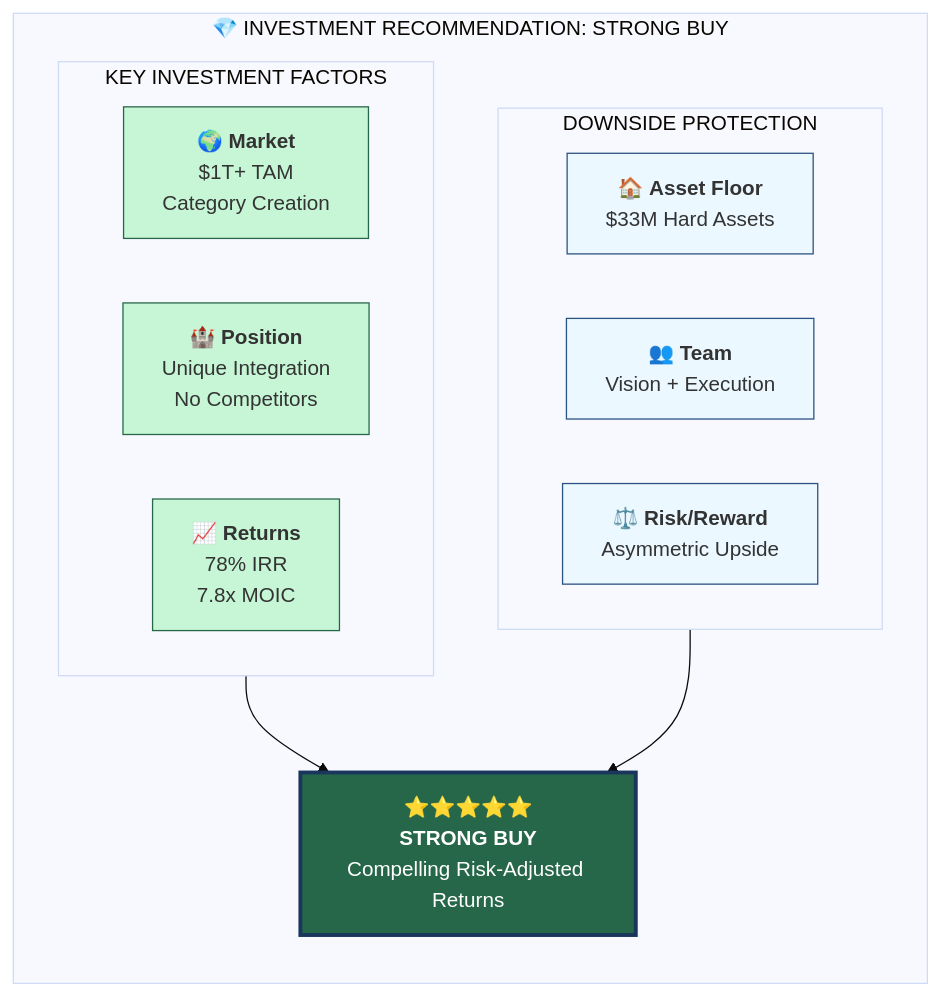
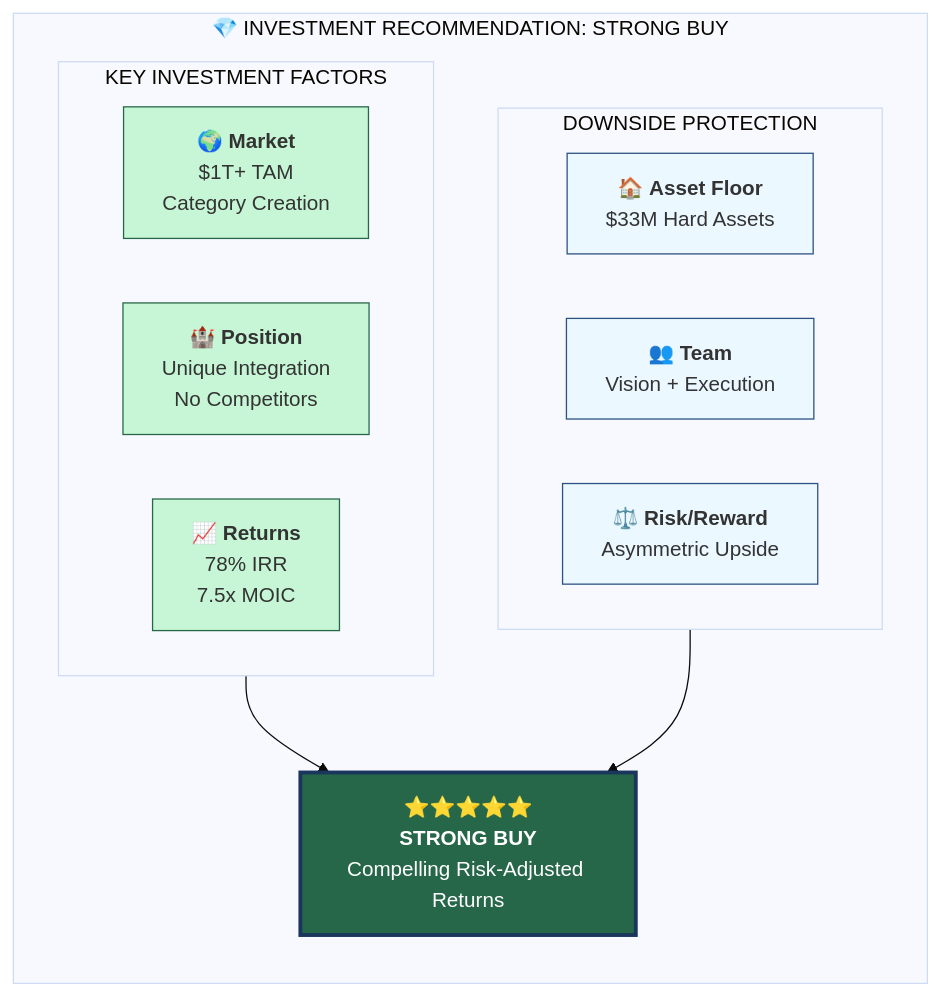
Diagram 35 of 41 in docs/pitch-packet/AI_VALUATION_REPORT_VISUAL.md (Light-Brands/epic-center), drawn with Mermaid before and after one commit. The commit also changed other lines of this file and 33 other files, not shown here.

````diff
--- a/docs/pitch-packet/AI_VALUATION_REPORT_VISUAL.md
+++ b/docs/pitch-packet/AI_VALUATION_REPORT_VISUAL.md
@@ -1664,34 +1664,34 @@
 ```mermaid
 %%{init: {'theme': 'base'}}%%
 flowchart TB
     subgraph RECOMMENDATION["💎 INVESTMENT RECOMMENDATION: STRONG BUY"]
         direction TB
 
         subgraph FACTORS["KEY INVESTMENT FACTORS"]
             direction LR
             F1["🌍 <b>Market</b><br/>$1T+ TAM<br/>Category Creation"]
             F2["🏰 <b>Position</b><br/>Unique Integration<br/>No Competitors"]
-            F3["📈 <b>Returns</b><br/>78% IRR<br/>7.8x MOIC"]
+            F3["📈 <b>Returns</b><br/>78% IRR<br/>7.5x MOIC"]
         end
 
         subgraph PROTECTION["DOWNSIDE PROTECTION"]
             direction LR
             P1["🏠 <b>Asset Floor</b><br/>$33M Hard Assets"]
             P2["👥 <b>Team</b><br/>Vision + Execution"]
             P3["⚖️ <b>Risk/Reward</b><br/>Asymmetric Upside"]
         end
 
         VERDICT["⭐⭐⭐⭐⭐<br/><b>STRONG BUY</b><br/>Compelling Risk-Adjusted Returns"]
 
         FACTORS --> VERDICT
         PROTECTION --> VERDICT
     end
 
     style F1 fill:#c6f6d5,stroke:#276749
     style F2 fill:#c6f6d5,stroke:#276749
     style F3 fill:#c6f6d5,stroke:#276749
     style P1 fill:#ebf8ff,stroke:#2c5282
     style P2 fill:#ebf8ff,stroke:#2c5282
     style P3 fill:#ebf8ff,stroke:#2c5282
     style VERDICT fill:#276749,stroke:#1a365d,stroke-width:3px,color:#fff
 ```
````
